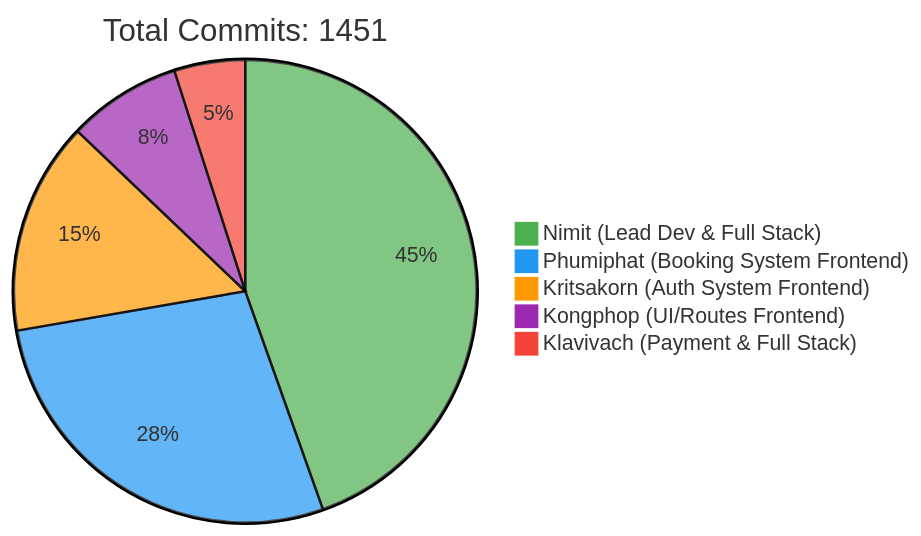
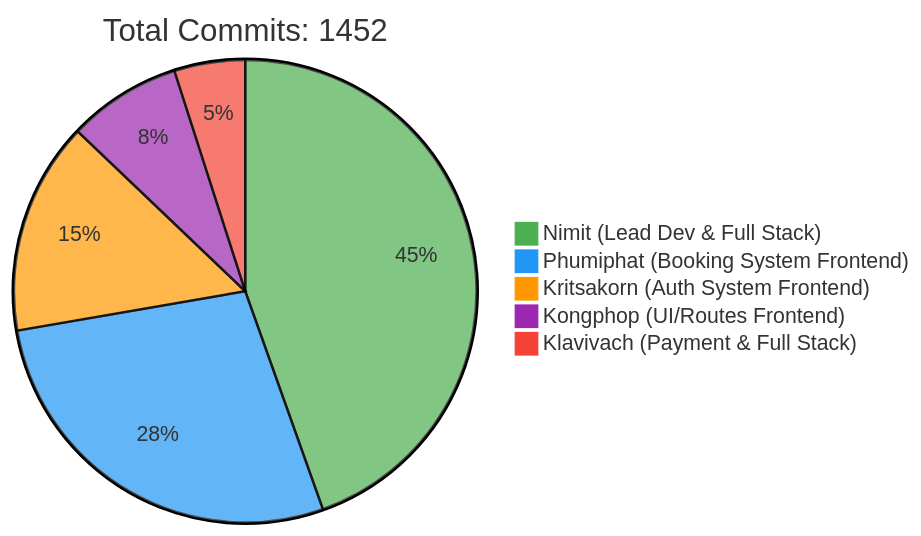
One commit to 6531503042/Sport-Complex changed the first of 2 diagrams in README.md. Above: the diagram before and after it, drawn with Mermaid. The commit also changed other lines of this file, not shown here.

Commit message:
docs: Update contributor statistics [skip ci]

````diff
--- a/README.md
+++ b/README.md
@@ -257,10 +257,10 @@
 ```mermaid
 %%{init: {'theme': 'base', 'themeVariables': { 'pie1': '#4CAF50', 'pie2': '#2196F3', 'pie3': '#FF9800', 'pie4': '#9C27B0', 'pie5': '#F44336'}}}%%
 pie
-    title Total Commits: 1451
+    title Total Commits: 1452
     "Nimit (Lead Dev & Full Stack)" : 450
     "Phumiphat (Booking System Frontend)" : 280
     "Kritsakorn (Auth System Frontend)" : 150
     "Kongphop (UI/Routes Frontend)" : 80
     "Klavivach (Payment & Full Stack)" : 50
 ```
````
